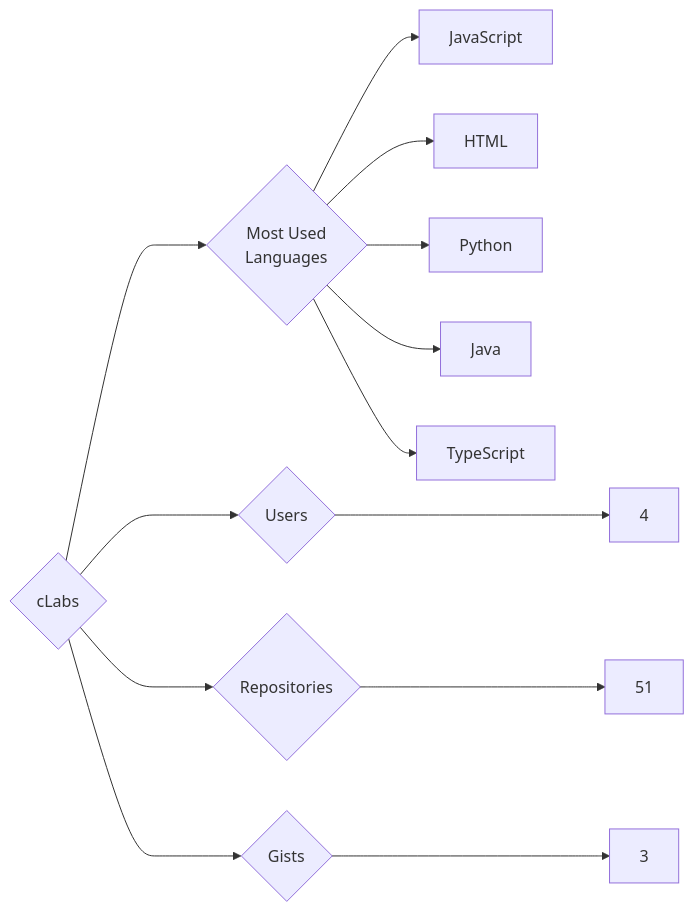
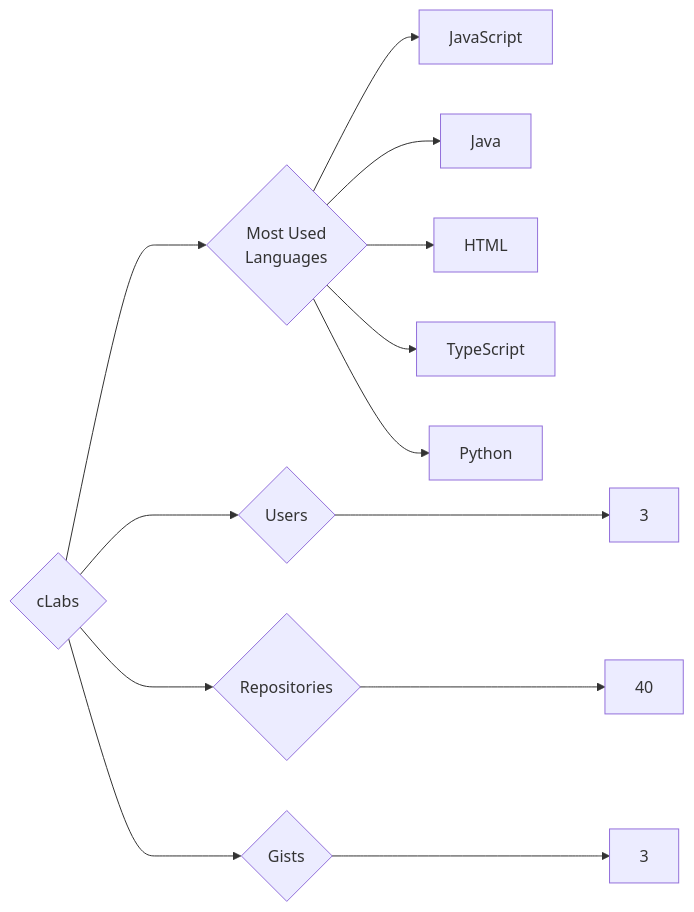
The diagram in targets/cLabs/README.md (trickest/insiders), drawn with Mermaid before and after one commit. The commit also changed 997 other files, not shown here.

````diff
--- a/targets/cLabs/README.md
+++ b/targets/cLabs/README.md
@@ -3,13 +3,13 @@
 ```mermaid
 graph LR
 COMPANY_NAME{cLabs}
-COMPANY_NAME ---> U{Users} ---> UN[4]
-COMPANY_NAME ---> R{Repositories} ---> RN[51]
+COMPANY_NAME ---> U{Users} ---> UN[3]
+COMPANY_NAME ---> R{Repositories} ---> RN[40]
 COMPANY_NAME ---> G{Gists} ---> GN[3]
 COMPANY_NAME ---> ML{Most Used<br>Languages}
 ML --> JavaScript[JavaScript]
+ML --> Java[Java]
 ML --> HTML[HTML]
+ML --> TypeScript[TypeScript]
 ML --> Python[Python]
-ML --> Java[Java]
-ML --> TypeScript[TypeScript]
 ```
````
